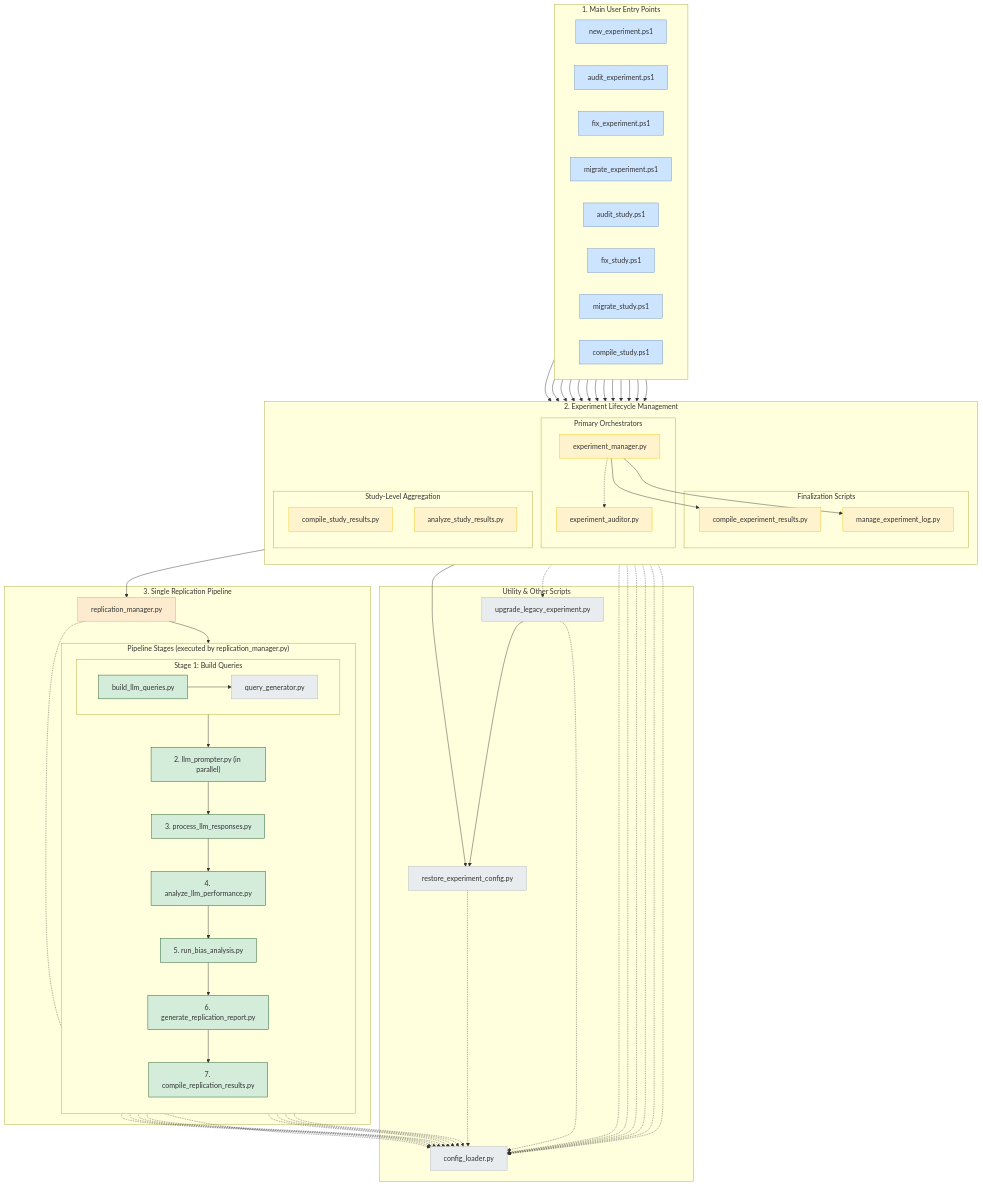
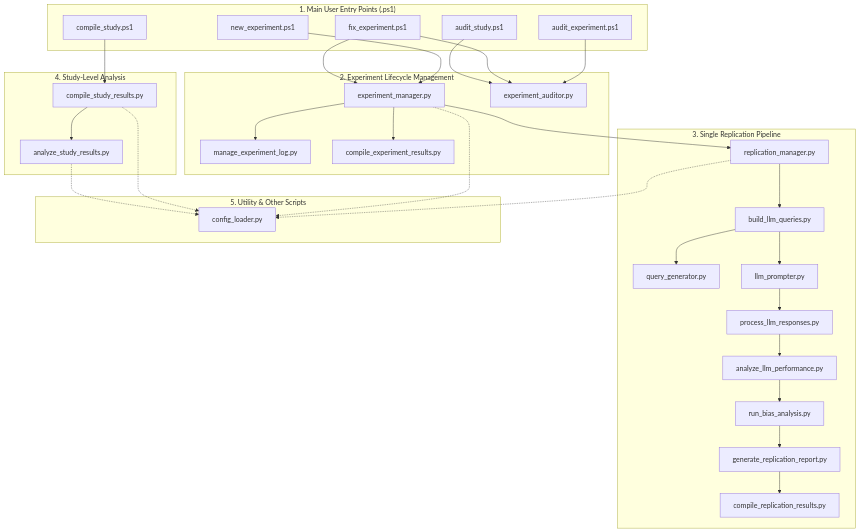
The diagram in docs/diagrams/arch_main_codebase.mmd (peterjmarko/llm-narrative-framework), drawn with Mermaid before and after one commit. The commit also changed 46 other files, not shown here.

```diff
--- a/docs/diagrams/arch_main_codebase.mmd
+++ b/docs/diagrams/arch_main_codebase.mmd
@@ -1,129 +1,64 @@
 graph TD
-    subgraph "1. Main User Entry Points"
-        direction LR
-        new_experiment_ps1["new_experiment.ps1"]
-        audit_experiment_ps1["audit_experiment.ps1"]
-        fix_experiment_ps1["fix_experiment.ps1"]
-        migrate_experiment_ps1["migrate_experiment.ps1"]
-        audit_study_ps1["audit_study.ps1"]
-        fix_study_ps1["fix_study.ps1"]
-        migrate_study_ps1["migrate_study.ps1"]
-        compile_study_ps1["compile_study.ps1"]
+    %% 1. Node Definitions
+    new_exp["new_experiment.ps1"]
+    audit_exp["audit_experiment.ps1"]
+    fix_exp["fix_experiment.ps1"]
+    audit_stu["audit_study.ps1"]
+    compile_stu["compile_study.ps1"]
+
+    exp_manager["experiment_manager.py"]
+    exp_auditor["experiment_auditor.py"]
+    manage_log["manage_experiment_log.py"]
+    compile_exp["compile_experiment_results.py"]
+
+    rep_manager["replication_manager.py"]
+    q_gen["query_generator.py"]
+    build_q["build_llm_queries.py"]
+    prompter["llm_prompter.py"]
+    process_resp["process_llm_responses.py"]
+    analyze_perf["analyze_llm_performance.py"]
+    bias_analysis["run_bias_analysis.py"]
+    gen_report["generate_replication_report.py"]
+    compile_rep["compile_replication_results.py"]
+
+    compile_study_results["compile_study_results.py"]
+    analyze_study_results["analyze_study_results.py"]
+
+    cfg["config_loader.py"]
+
+    %% 2. Link Definitions
+    new_exp --> exp_manager
+    audit_exp --> exp_auditor
+    fix_exp --> exp_manager & exp_auditor
+    audit_stu --> exp_auditor
+    compile_stu --> compile_study_results
+
+    exp_manager --> manage_log & compile_exp & rep_manager
+    
+    rep_manager --> build_q
+    build_q --> q_gen
+    build_q --> prompter --> process_resp --> analyze_perf --> bias_analysis --> gen_report --> compile_rep
+
+    compile_study_results --> analyze_study_results
+    
+    exp_manager -.-> cfg
+    rep_manager -.-> cfg
+    compile_study_results -.-> cfg
+    analyze_study_results -.-> cfg
+
+    %% 3. Subgraph Grouping
+    subgraph "1. Main User Entry Points (.ps1)"
+        new_exp; audit_exp; fix_exp; audit_stu; compile_stu;
     end
-
     subgraph "2. Experiment Lifecycle Management"
-        direction TB
-        subgraph "Primary Orchestrators"
-            exp_manager["experiment_manager.py"]
-            exp_auditor["experiment_auditor.py"]
-        end
-        subgraph "Finalization Scripts"
-            log_manager["manage_experiment_log.py"]
-            compile_experiment["compile_experiment_results.py"]
-        end
-        subgraph "Study-Level Aggregation"
-            compile_study_results_py["compile_study_results.py"]
-            study_analysis["analyze_study_results.py"]
-        end
+        exp_manager; exp_auditor; manage_log; compile_exp;
     end
-    
     subgraph "3. Single Replication Pipeline"
-        replication_manager["replication_manager.py"]
-        
-        subgraph "Pipeline Stages (executed by replication_manager.py)"
-            direction TB
-            subgraph "Stage 1: Build Queries"
-                direction LR
-                stage1["build_llm_queries.py"]
-                query_generator["query_generator.py"]
-            end
-            stage2["2. llm_prompter.py (in parallel)"]
-            stage3["3. process_llm_responses.py"]
-            stage4["4. analyze_llm_performance.py"]
-            stage4b["5. run_bias_analysis.py"]
-            stage5["6. generate_replication_report.py"]
-            stage6["7. compile_replication_results.py"]
-        end
+        rep_manager; q_gen; build_q; prompter; process_resp; analyze_perf; bias_analysis; gen_report; compile_rep;
     end
-
-    subgraph "Utility & Other Scripts"
-        restore_config["restore_experiment_config.py"]
-        patch_old["upgrade_legacy_experiment.py"]
-        config_loader["config_loader.py"]
+    subgraph "4. Study-Level Analysis"
+        compile_study_results; analyze_study_results;
     end
-
-    %% --- Connections ---
-    new_experiment_ps1 --> exp_manager
-    
-    audit_experiment_ps1 --> exp_auditor
-    audit_study_ps1 --> exp_auditor
-    
-    fix_experiment_ps1 --> exp_auditor
-    fix_experiment_ps1 --> exp_manager
-    fix_study_ps1 --> exp_auditor
-    fix_study_ps1 --> exp_manager
-    
-    migrate_experiment_ps1 --> exp_auditor
-    migrate_experiment_ps1 --> exp_manager
-    migrate_study_ps1 --> exp_auditor
-    migrate_study_ps1 --> exp_manager
-
-    compile_study_ps1 --> compile_study_results_py
-    compile_study_ps1 --> study_analysis
-
-    exp_manager --> replication_manager
-    exp_manager --> compile_experiment
-    exp_manager --> log_manager
-    exp_manager --> restore_config
-    exp_manager -.-> patch_old
-
-    patch_old --> restore_config
-
-    %% Sequential Pipeline Execution
-    replication_manager --> stage1
-    stage1 --> stage2
-    stage2 --> stage3
-    stage3 --> stage4
-    stage4 --> stage4b
-    stage4b --> stage5
-    stage5 --> stage6
-
-    %% Worker Connections
-    stage1 --> query_generator
-
-    %% Import Connections (dotted)
-    exp_manager -.-> exp_auditor
-    exp_manager & exp_auditor & replication_manager & stage1 & stage2 & stage3 & stage4 & stage4b & stage5 & stage6 & query_generator & log_manager & compile_experiment & compile_study_results_py & study_analysis & patch_old & restore_config -.-> config_loader
-
-    %% --- Inline Styling ---
-    style new_experiment_ps1 fill:#cde4ff,stroke:#6c93be
-    style audit_experiment_ps1 fill:#cde4ff,stroke:#6c93be
-    style fix_experiment_ps1 fill:#cde4ff,stroke:#6c93be
-    style migrate_experiment_ps1 fill:#cde4ff,stroke:#6c93be
-    style audit_study_ps1 fill:#cde4ff,stroke:#6c93be
-    style fix_study_ps1 fill:#cde4ff,stroke:#6c93be
-    style migrate_study_ps1 fill:#cde4ff,stroke:#6c93be
-    style compile_study_ps1 fill:#cde4ff,stroke:#6c93be
-
-    style exp_manager fill:#fff3cd,stroke:#f1c40f
-    style exp_auditor fill:#fff3cd,stroke:#f1c40f
-    style log_manager fill:#fff3cd,stroke:#f1c40f
-    style compile_experiment fill:#fff3cd,stroke:#f1c40f
-    style compile_study_results_py fill:#fff3cd,stroke:#f1c40f
-    style study_analysis fill:#fff3cd,stroke:#f1c40f
-    
-    style replication_manager fill:#fdebd0,stroke:#e59866
-    
-    style stage1 fill:#d4edda,stroke:#155724
-    style query_generator fill:#d4edda,stroke:#155724
-    style stage2 fill:#d4edda,stroke:#155724
-    style stage3 fill:#d4edda,stroke:#155724
-    style stage4 fill:#d4edda,stroke:#155724
-    style stage4b fill:#d4edda,stroke:#155724
-    style stage5 fill:#d4edda,stroke:#155724
-    style stage6 fill:#d4edda,stroke:#155724
-
-    style query_generator fill:#e9ecef,stroke:#adb5bd
-    style patch_old fill:#e9ecef,stroke:#adb5bd
-    style restore_config fill:#e9ecef,stroke:#adb5bd
-    style config_loader fill:#e9ecef,stroke:#adb5bd
+    subgraph "5. Utility & Other Scripts"
+        cfg;
+    end
```
